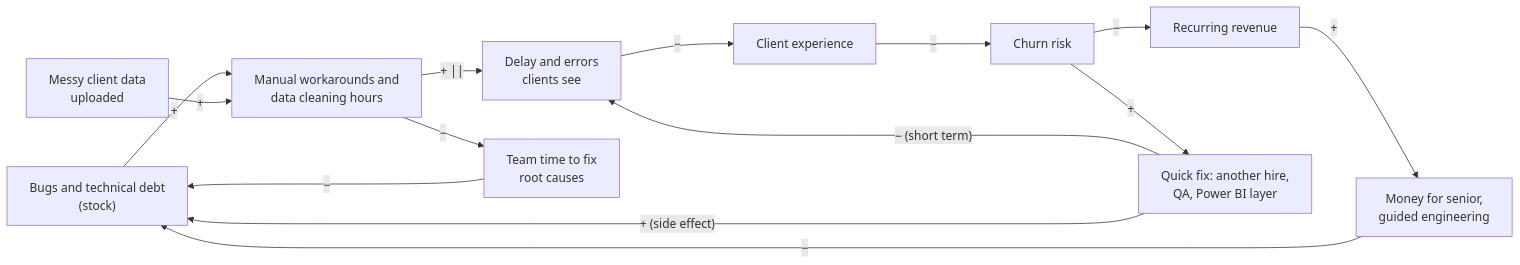
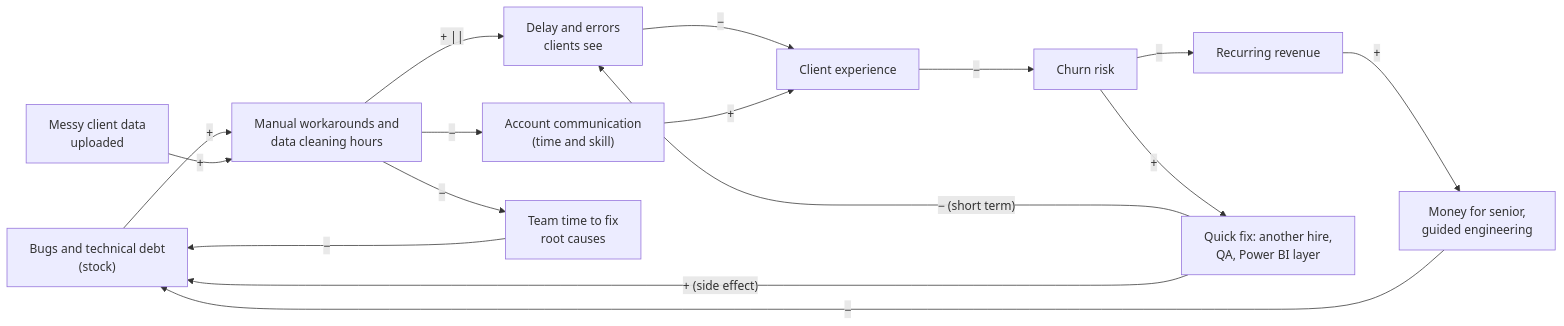
One commit to gregorykurnia/deus-evaluation changed the first of 6 diagrams in outputs/01-systems-thinking.md. Above: the diagram before and after it, drawn with Mermaid. The commit also changed other lines of this file and 1 other file, not shown here.

````diff
--- a/outputs/01-systems-thinking.md
+++ b/outputs/01-systems-thinking.md
@@ -32,16 +44,18 @@
 ```mermaid
 flowchart LR
     BUGS["Bugs and technical debt<br/>(stock)"] -->|"+"| WORK["Manual workarounds and<br/>data cleaning hours"]
     DATA["Messy client data<br/>uploaded"] -->|"+"| WORK
     WORK -->|"+ ||"| SLOW["Delay and errors<br/>clients see"]
+    WORK -->|"−"| COMMS["Account communication<br/>(time and skill)"]
     SLOW -->|"−"| CX["Client experience"]
+    COMMS -->|"+"| CX
     CX -->|"−"| CHURN["Churn risk"]
     CHURN -->|"−"| REV["Recurring revenue"]
     REV -->|"+"| SENIOR["Money for senior,<br/>guided engineering"]
     SENIOR -->|"−"| BUGS
     WORK -->|"−"| FIXTIME["Team time to fix<br/>root causes"]
     FIXTIME -->|"−"| BUGS
     CHURN -->|"+"| PATCH["Quick fix: another hire,<br/>QA, Power BI layer"]
     PATCH -->|"− (short term)"| SLOW
     PATCH -->|"+ (side effect)"| BUGS
 ```
````
